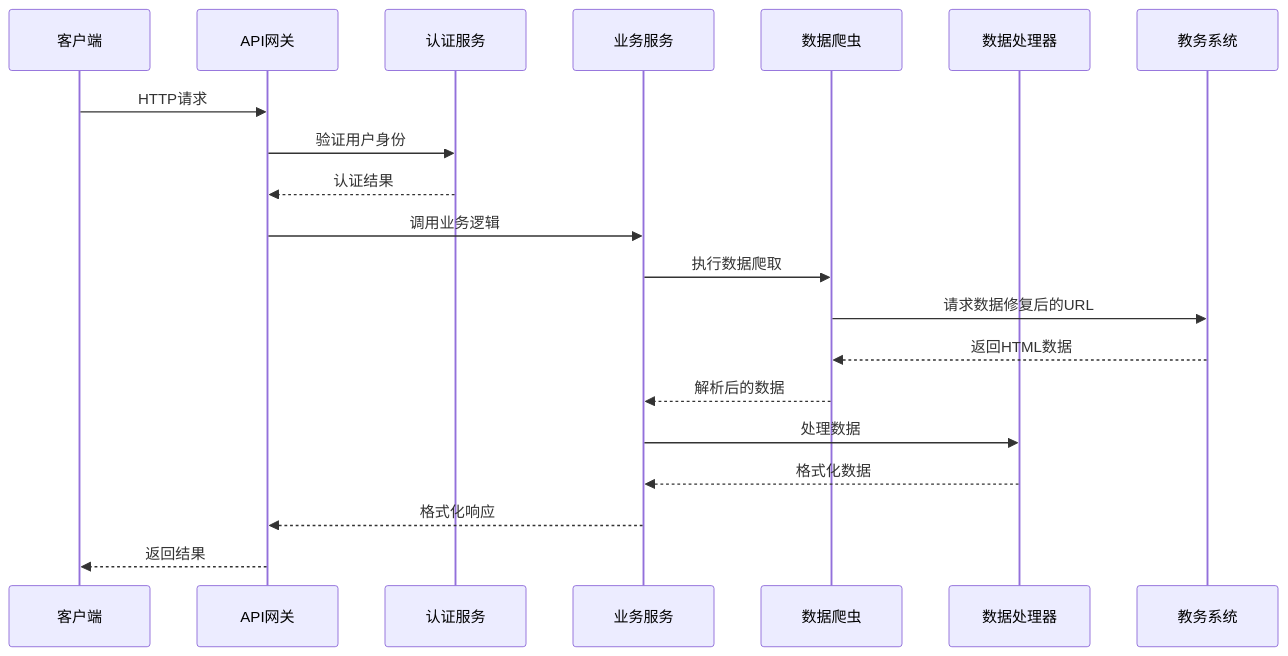
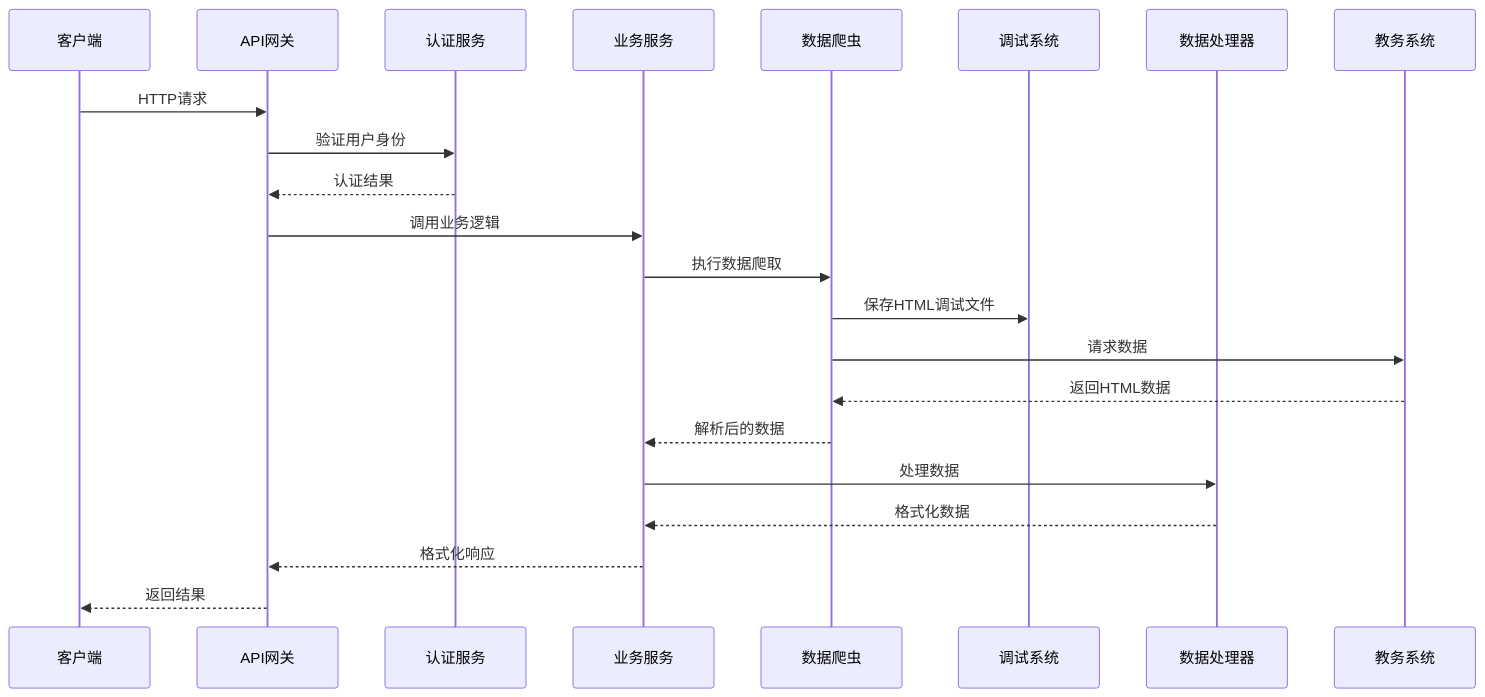
Before and after one commit to ghbbn053-ship-itsoulddog/soulddog: the second of 4 diagrams in .qoder/repowiki/zh/content/后端API文档/学术数据查询API/学术数据查询API.md, drawn with Mermaid. The commit also changed other lines of this file and 10 other files, not shown here.

````diff
--- a/.qoder/repowiki/zh/content/后端API文档/学术数据查询API/学术数据查询API.md
+++ b/.qoder/repowiki/zh/content/后端API文档/学术数据查询API/学术数据查询API.md
@@ -130,22 +141,24 @@
 ```mermaid
 sequenceDiagram
 participant Client as 客户端
 participant API as API网关
 participant Auth as 认证服务
 participant Service as 业务服务
 participant Scraper as 数据爬虫
+participant Debug as 调试系统
 participant Processor as 数据处理器
 participant JWXT as 教务系统
 Client->>API : HTTP请求
 API->>Auth : 验证用户身份
 Auth-->>API : 认证结果
 API->>Service : 调用业务逻辑
 Service->>Scraper : 执行数据爬取
-Scraper->>JWXT : 请求数据修复后的URL
+Scraper->>Debug : 保存HTML调试文件
+Scraper->>JWXT : 请求数据
 JWXT-->>Scraper : 返回HTML数据
 Scraper-->>Service : 解析后的数据
 Service->>Processor : 处理数据
 Processor-->>Service : 格式化数据
 Service-->>API : 格式化响应
 API-->>Client : 返回结果
 ```
````
